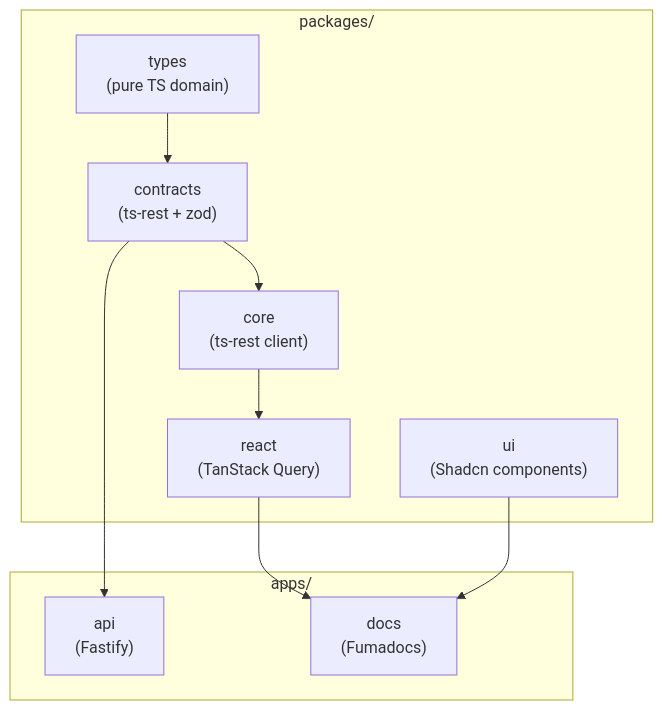
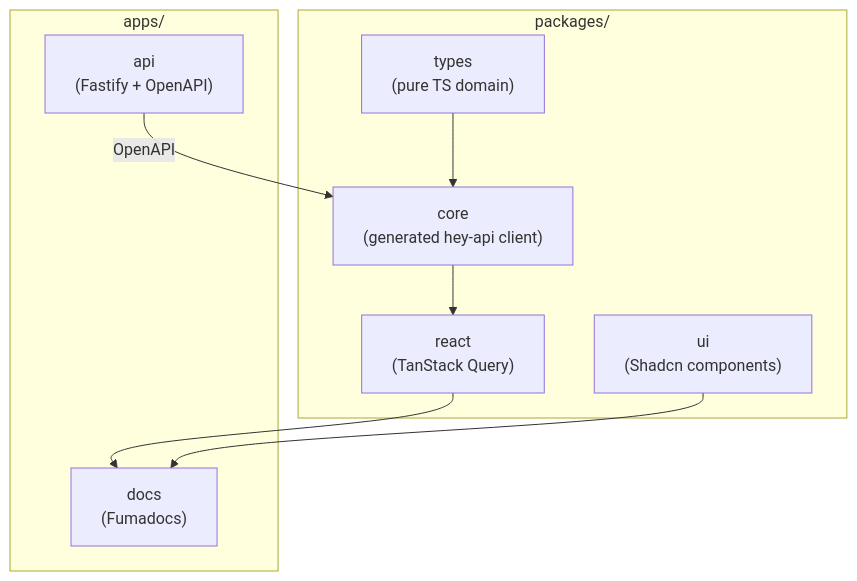
One commit to blockmatic/basilic-evm changed the diagram in apps/docs/content/docs/monorepo.mdx. Above: the diagram before and after it, drawn with Mermaid. The commit also changed other lines of this file and 34 other files, not shown here.

````diff
--- a/apps/docs/content/docs/monorepo.mdx
+++ b/apps/docs/content/docs/monorepo.mdx
@@ -29,22 +29,20 @@
 ```mermaid
 flowchart TB
   subgraph Packages["packages/"]
     Types["types<br/>(pure TS domain)"]
-    Contracts["contracts<br/>(ts-rest + zod)"]
-    Core["core<br/>(ts-rest client)"]
+    Core["core<br/>(generated hey-api client)"]
     React["react<br/>(TanStack Query)"]
     UI["ui<br/>(Shadcn components)"]
   end
 
   subgraph Apps["apps/"]
-    API["api<br/>(Fastify)"]
+    API["api<br/>(Fastify + OpenAPI)"]
     Docs["docs<br/>(Fumadocs)"]
   end
 
-  Types --> Contracts
-  Contracts --> Core
+  Types --> Core
+  API -->|OpenAPI| Core
   Core --> React
-  Contracts --> API
   React --> Docs
   UI --> Docs
 ```
````
